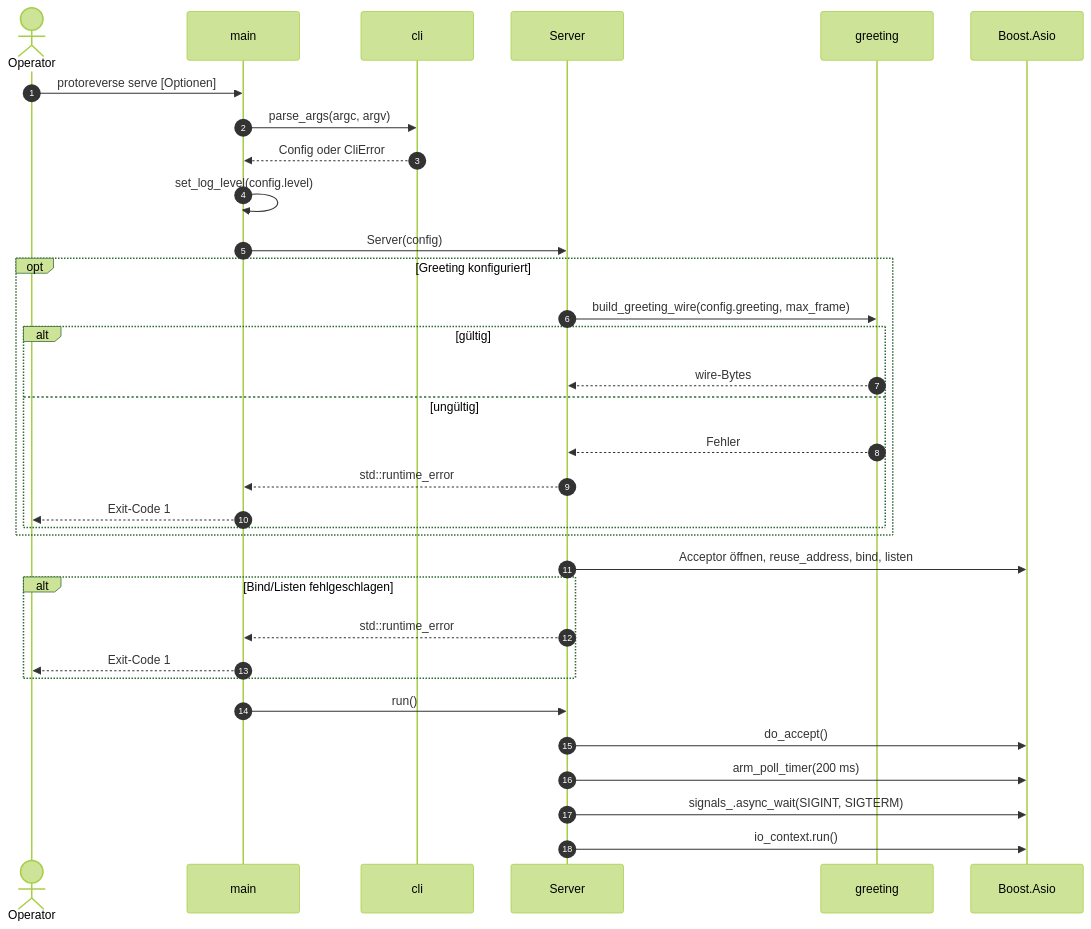
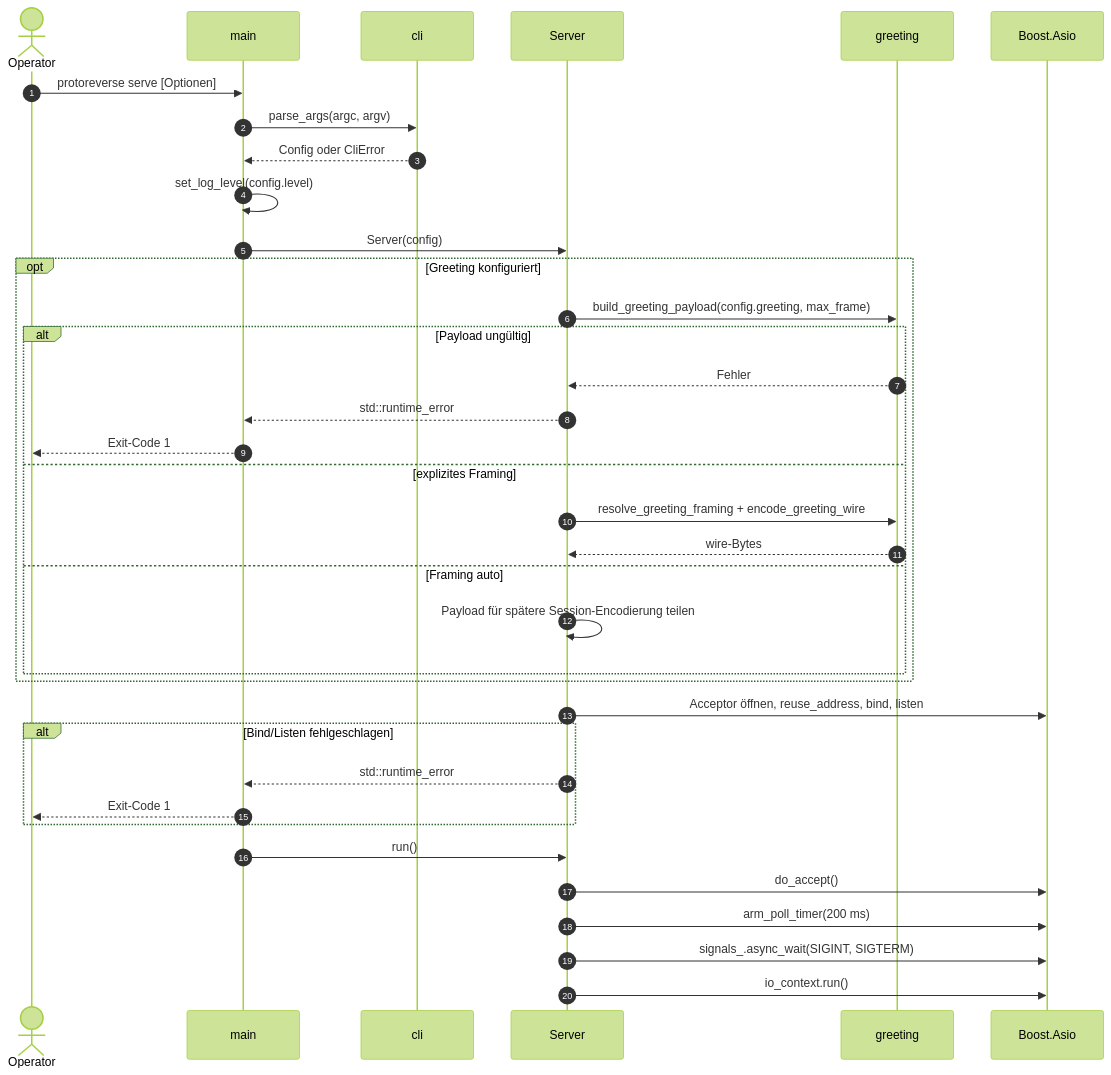
Before and after one commit to chriswit68/protoreverse: the fourth of 14 diagrams in docs/arc42.md, drawn with Mermaid (forest theme). The commit also changed other lines of this file and 30 other files, not shown here.

````diff
--- a/docs/arc42.md
+++ b/docs/arc42.md
@@ -547,39 +657,42 @@
 ```mermaid
 sequenceDiagram
     autonumber
     actor OP as Operator
     participant M as main
     participant C as cli
     participant S as Server
     participant G as greeting
     participant A as Boost.Asio
 
     OP->>M: protoreverse serve [Optionen]
     M->>C: parse_args(argc, argv)
     C-->>M: Config oder CliError
     M->>M: set_log_level(config.level)
     M->>S: Server(config)
 
     opt Greeting konfiguriert
-        S->>G: build_greeting_wire(config.greeting, max_frame)
-        alt gültig
-            G-->>S: wire-Bytes
-        else ungültig
+        S->>G: build_greeting_payload(config.greeting, max_frame)
+        alt Payload ungültig
             G-->>S: Fehler
             S-->>M: std::runtime_error
             M-->>OP: Exit-Code 1
+        else explizites Framing
+            S->>G: resolve_greeting_framing + encode_greeting_wire
+            G-->>S: wire-Bytes
+        else Framing auto
+            S->>S: Payload für spätere Session-Encodierung teilen
         end
     end
 
     S->>A: Acceptor öffnen, reuse_address, bind, listen
     alt Bind/Listen fehlgeschlagen
         S-->>M: std::runtime_error
         M-->>OP: Exit-Code 1
     end
 
     M->>S: run()
     S->>A: do_accept()
     S->>A: arm_poll_timer(200 ms)
     S->>A: signals_.async_wait(SIGINT, SIGTERM)
     S->>A: io_context.run()
 ```
````
